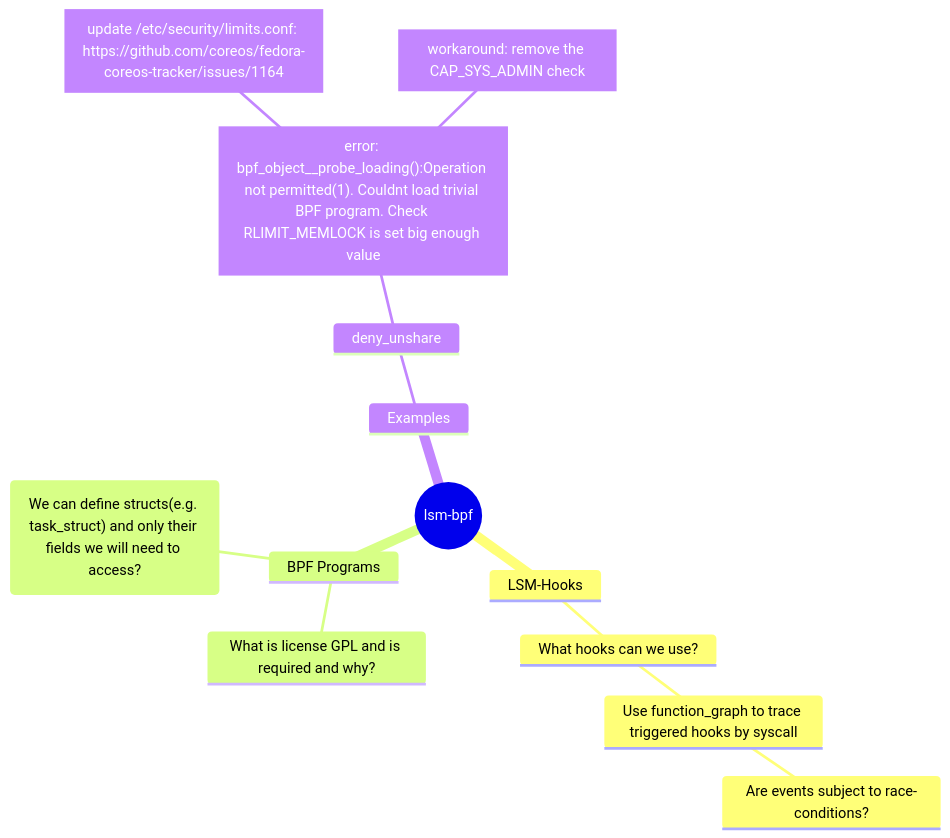
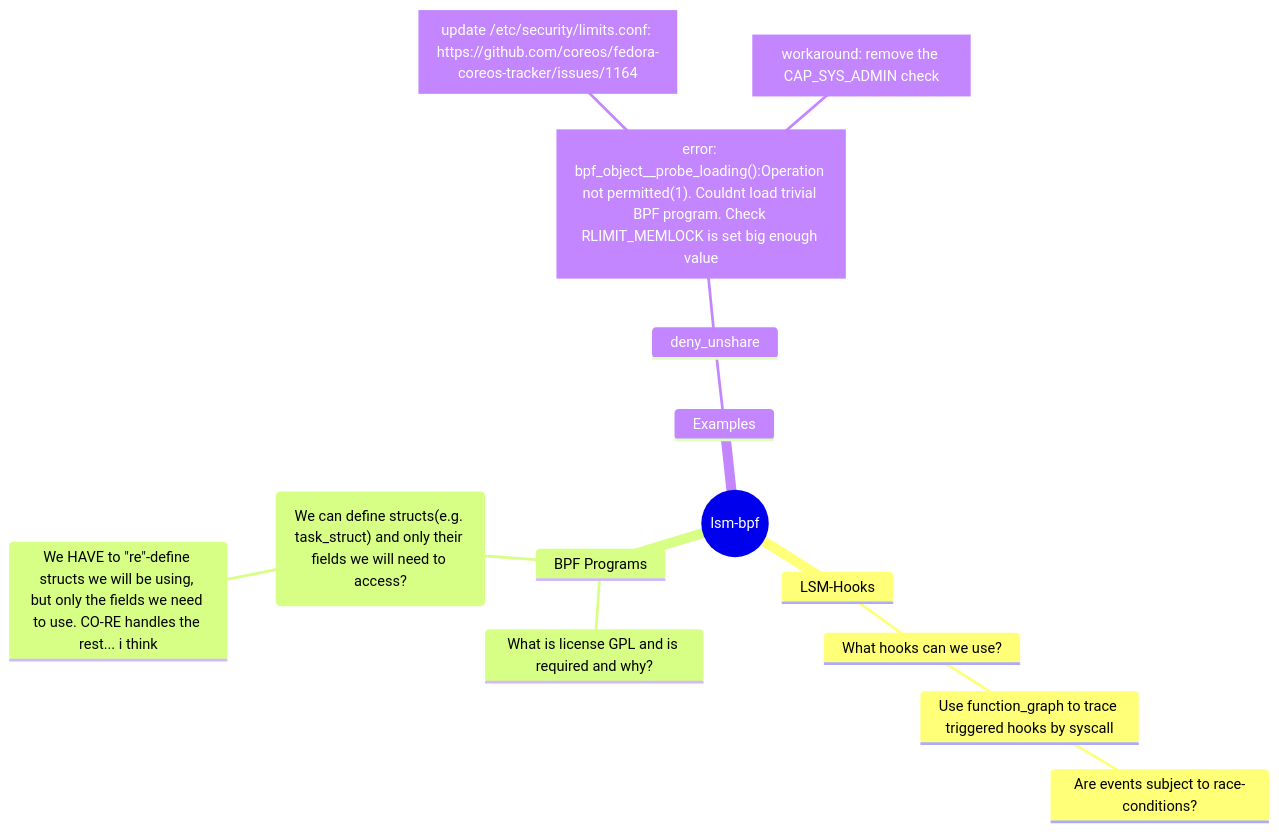
One commit to Turbodunker/lsm-bpf changed the diagram in Questions:.md. Above: the diagram before and after it, drawn with Mermaid.

Commit message:
Updated Questions: (markdown)

````diff
--- a/Questions:.md
+++ b/Questions:.md
@@ -6,17 +6,18 @@
 ``` mermaid
     mindmap
         root((lsm-bpf))
             LSM-Hooks
                 What hooks can we use?
                     Use function_graph to trace triggered hooks by syscall
                         Are events subject to race-conditions?
             BPF Programs
                 What is license GPL and is required and why?
                 ("We can define structs(e.g. task_struct) and only their fields we will need to access?")
+                    We HAVE to "re"-define structs we will be using, but only the fields we need to use. CO-RE handles the rest... i think
             Examples
                 deny_unshare
                     id1["error: bpf_object__probe_loading():Operation not permitted(1). Couldnt load trivial BPF program. Check RLIMIT_MEMLOCK is set big enough value"]
                         id2["update /etc/security/limits.conf: https://github.com/coreos/fedora-coreos-tracker/issues/1164"]
                         workaround["workaround: remove the CAP_SYS_ADMIN check"]
 
 ```
````
